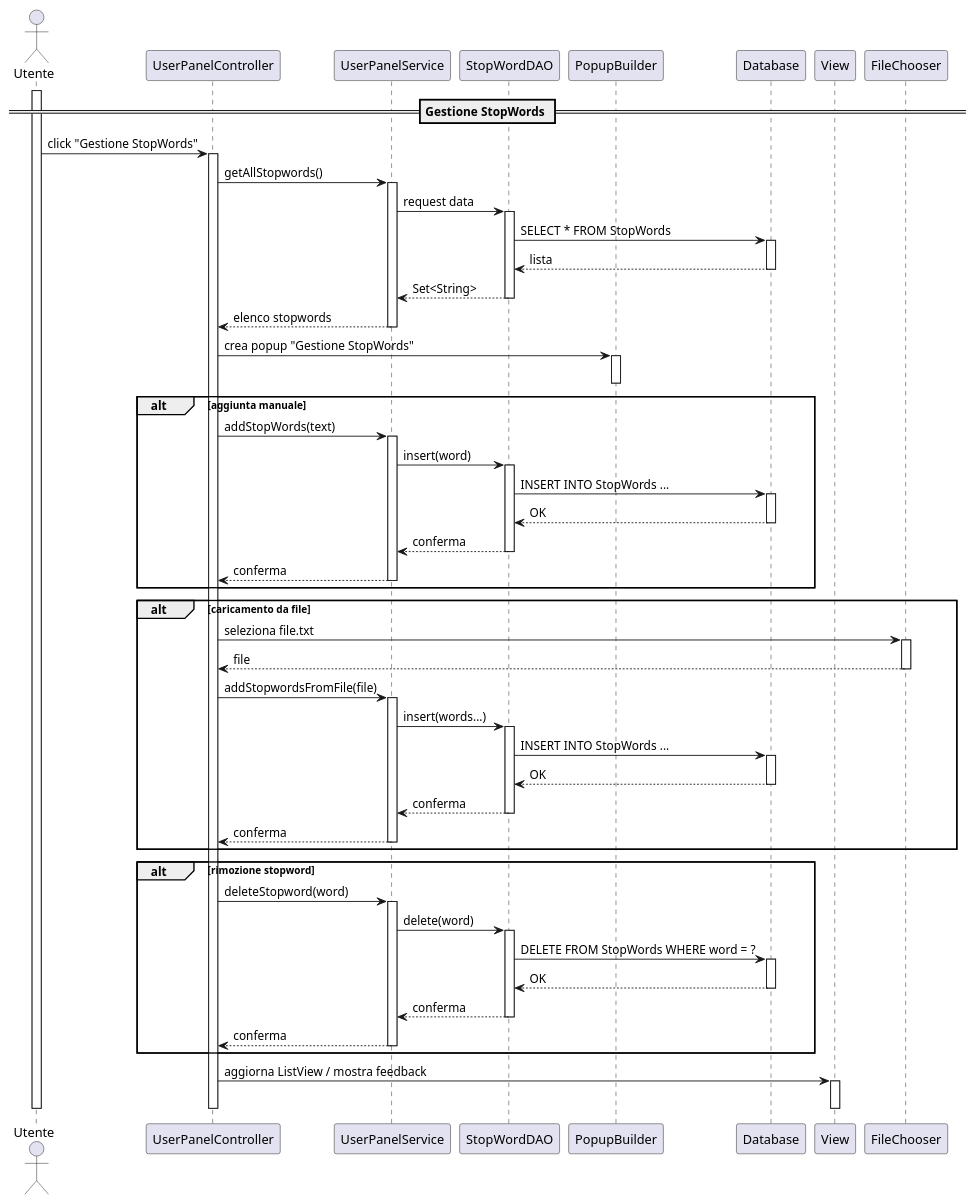
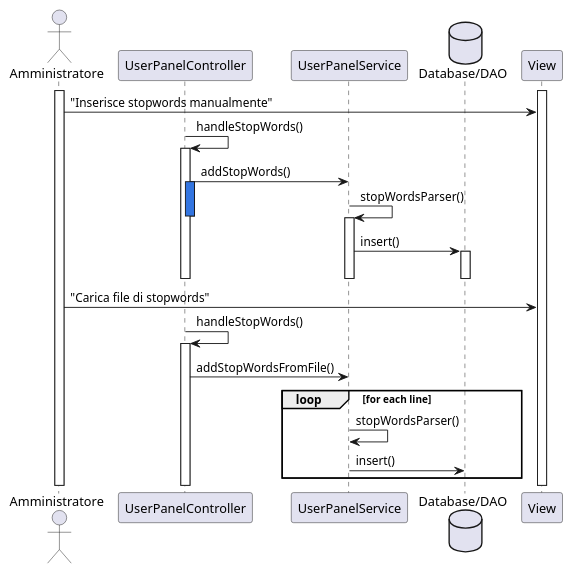
Before and after one commit to Bg735/Wordageddon-Gruppo_16: the diagram in docs/UML/DiagrammiSequenza/upload_stopWords.puml, drawn with PlantUML. The commit also changed 18 other files, not shown here.

Commit message:
aggiornamento diagrammi di sequenza

```diff
--- a/docs/UML/DiagrammiSequenza/upload_stopWords.puml
+++ b/docs/UML/DiagrammiSequenza/upload_stopWords.puml
@@ -1,89 +1,37 @@
 @startuml
-actor Utente
+actor Amministratore
 participant UserPanelController
 participant UserPanelService
-participant StopWordDAO
-participant PopupBuilder
-participant Database
+database "Database/DAO" as DB
 participant View
-participant FileChooser
 
-== Gestione StopWords ==
-activate Utente
-Utente -> UserPanelController : click "Gestione StopWords"
+activate Amministratore
+activate View
+Amministratore -> View : "Inserisce stopwords manualmente"
+UserPanelController -> UserPanelController : handleStopWords()
 activate UserPanelController
 
-UserPanelController -> UserPanelService : getAllStopwords()
-activate UserPanelService
-UserPanelService -> StopWordDAO : request data
-activate StopWordDAO
-StopWordDAO -> Database : SELECT * FROM StopWords
-activate Database
-Database --> StopWordDAO : lista
-deactivate Database
-StopWordDAO --> UserPanelService : Set<String>
-deactivate StopWordDAO
-UserPanelService --> UserPanelController : elenco stopwords
-deactivate UserPanelService
+UserPanelController -> UserPanelService :addStopWords()
+activate UserPanelController #3375E0
 
-UserPanelController -> PopupBuilder : crea popup "Gestione StopWords"
-activate PopupBuilder
-deactivate PopupBuilder
+UserPanelService -> UserPanelService : stopWordsParser()
 
-alt aggiunta manuale
-    UserPanelController -> UserPanelService : addStopWords(text)
-    activate UserPanelService
-    UserPanelService -> StopWordDAO : insert(word)
-    activate StopWordDAO
-    StopWordDAO -> Database : INSERT INTO StopWords ...
-    activate Database
-    Database --> StopWordDAO : OK
-    deactivate Database
-    StopWordDAO --> UserPanelService : conferma
-    deactivate StopWordDAO
-    UserPanelService --> UserPanelController : conferma
-    deactivate UserPanelService
-end
-
-alt caricamento da file
-    UserPanelController -> FileChooser : seleziona file.txt
-    activate FileChooser
-    FileChooser --> UserPanelController : file
-    deactivate FileChooser
-
-    UserPanelController -> UserPanelService : addStopwordsFromFile(file)
-    activate UserPanelService
-    UserPanelService -> StopWordDAO : insert(words...)
-    activate StopWordDAO
-    StopWordDAO -> Database : INSERT INTO StopWords ...
-    activate Database
-    Database --> StopWordDAO : OK
-    deactivate Database
-    StopWordDAO --> UserPanelService : conferma
-    deactivate StopWordDAO
-    UserPanelService --> UserPanelController : conferma
-    deactivate UserPanelService
-end
-
-alt rimozione stopword
-    UserPanelController -> UserPanelService : deleteStopword(word)
-    activate UserPanelService
-    UserPanelService -> StopWordDAO : delete(word)
-    activate StopWordDAO
-    StopWordDAO -> Database : DELETE FROM StopWords WHERE word = ?
-    activate Database
-    Database --> StopWordDAO : OK
-    deactivate Database
-    StopWordDAO --> UserPanelService : conferma
-    deactivate StopWordDAO
-    UserPanelService --> UserPanelController : conferma
-    deactivate UserPanelService
-end
-
-UserPanelController -> View : aggiorna ListView / mostra feedback
-activate View
-deactivate View
 
 deactivate UserPanelController
-deactivate Utente
+activate UserPanelService
+UserPanelService -> DB : insert()
+
+activate DB
+
+deactivate UserPanelService
+deactivate UserPanelController
+deactivate DB
+Amministratore -> View : "Carica file di stopwords"
+UserPanelController -> UserPanelController : handleStopWords()
+activate UserPanelController
+UserPanelController -> UserPanelService : addStopWordsFromFile()
+loop for each line
+    UserPanelService -> UserPanelService : stopWordsParser()
+    UserPanelService -> DB : insert()
+end
 @enduml
```
